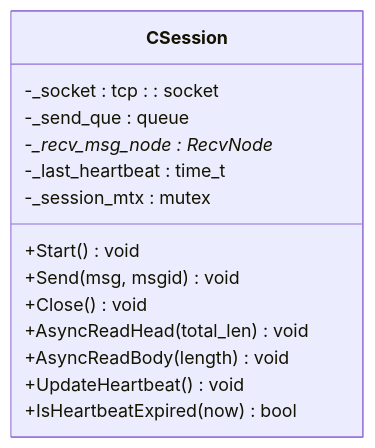
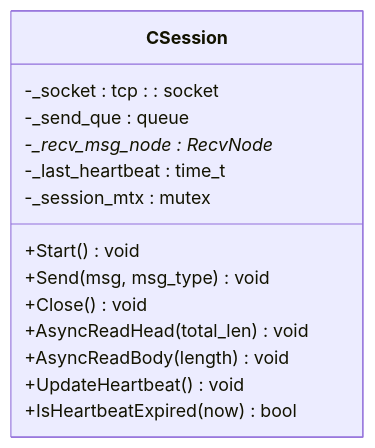
One commit to echo9923/mychatter changed the fourth of 8 diagrams in .qoder/repowiki/zh/content/性能优化/网络通信优化/网络通信优化.md. Above: the diagram before and after it, drawn with Mermaid. The commit also changed other lines of this file and 128 other files, not shown here.

First line of the commit message:
refactor(protocol): TCP 帧头消息类型 msg_id 全局改名为 msg_type

````diff
--- a/.qoder/repowiki/zh/content/性能优化/网络通信优化/网络通信优化.md
+++ b/.qoder/repowiki/zh/content/性能优化/网络通信优化/网络通信优化.md
@@ -157,17 +157,17 @@
 ```mermaid
 classDiagram
 class CSession {
 +Start() void
-+Send(msg, msgid) void
++Send(msg, msg_type) void
 +Close() void
 +AsyncReadHead(total_len) void
 +AsyncReadBody(length) void
 +UpdateHeartbeat() void
 +IsHeartbeatExpired(now) bool
 -_socket : tcp : : socket
 -_send_que : queue<SendNode>
 -_recv_msg_node : RecvNode*
 -_last_heartbeat : time_t
 -_session_mtx : mutex
 }
 ```
````
